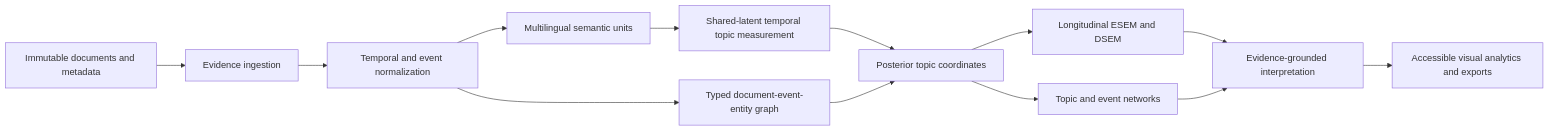
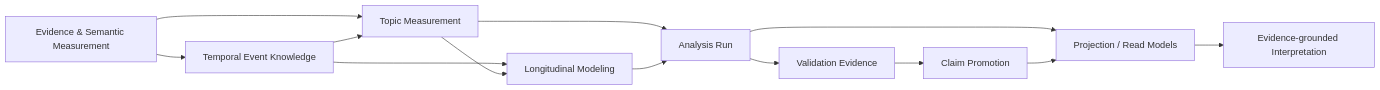
Before and after one commit to ContextualWisdomLab/TEPP: the diagram in ARCHITECTURE.md, drawn with Mermaid. The commit also changed other lines of this file, not shown here.

Commit message:
docs(architecture): normalize bounded-context ownership

````diff
--- a/ARCHITECTURE.md
+++ b/ARCHITECTURE.md
@@ -7,15 +9,15 @@
 ```mermaid
 flowchart LR
-    A[Immutable documents and metadata] --> B[Evidence ingestion]
-    B --> C[Temporal and event normalization]
-    C --> D[Multilingual semantic units]
-    D --> E[Shared-latent temporal topic measurement]
-    C --> F[Typed document-event-entity graph]
-    E --> G[Posterior topic coordinates]
-    F --> G
-    G --> H[Longitudinal ESEM and DSEM]
-    G --> I[Topic and event networks]
-    H --> J[Evidence-grounded interpretation]
-    I --> J
-    J --> K[Accessible visual analytics and exports]
+    E[Evidence & Semantic Measurement] --> T[Temporal Event Knowledge]
+    E --> M[Topic Measurement]
+    T --> M
+    T --> L[Longitudinal Modeling]
+    M --> L
+    M --> A[Analysis Run]
+    L --> A
+    A --> V[Validation Evidence]
+    V --> P[Claim Promotion]
+    A --> R[Projection / Read Models]
+    P --> R
+    R --> I[Evidence-grounded Interpretation]
 ```
````
